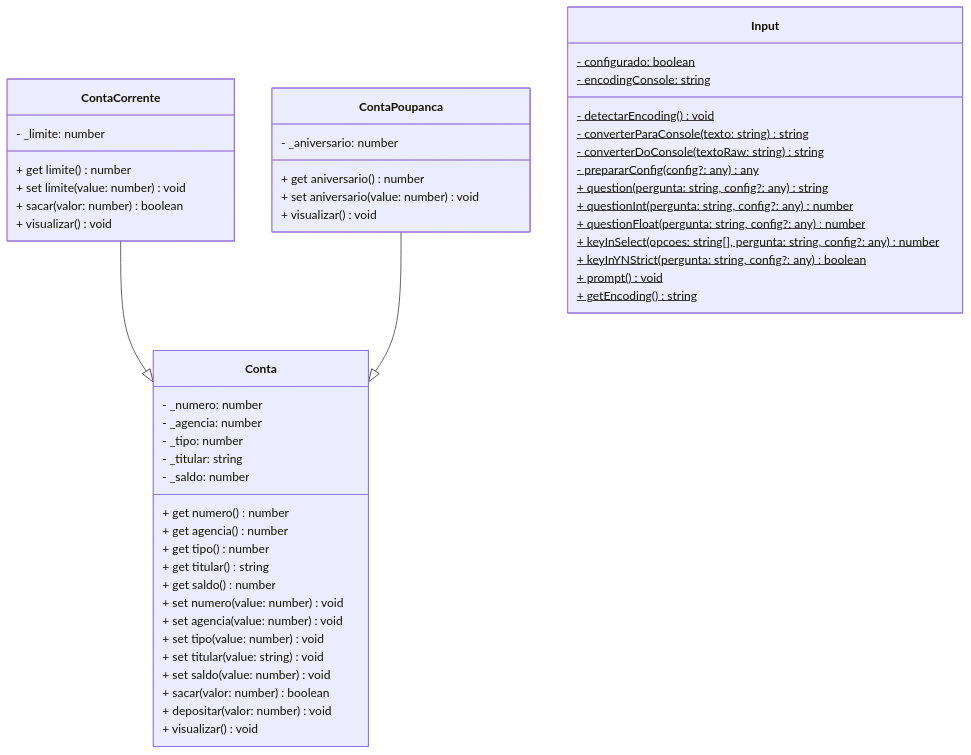
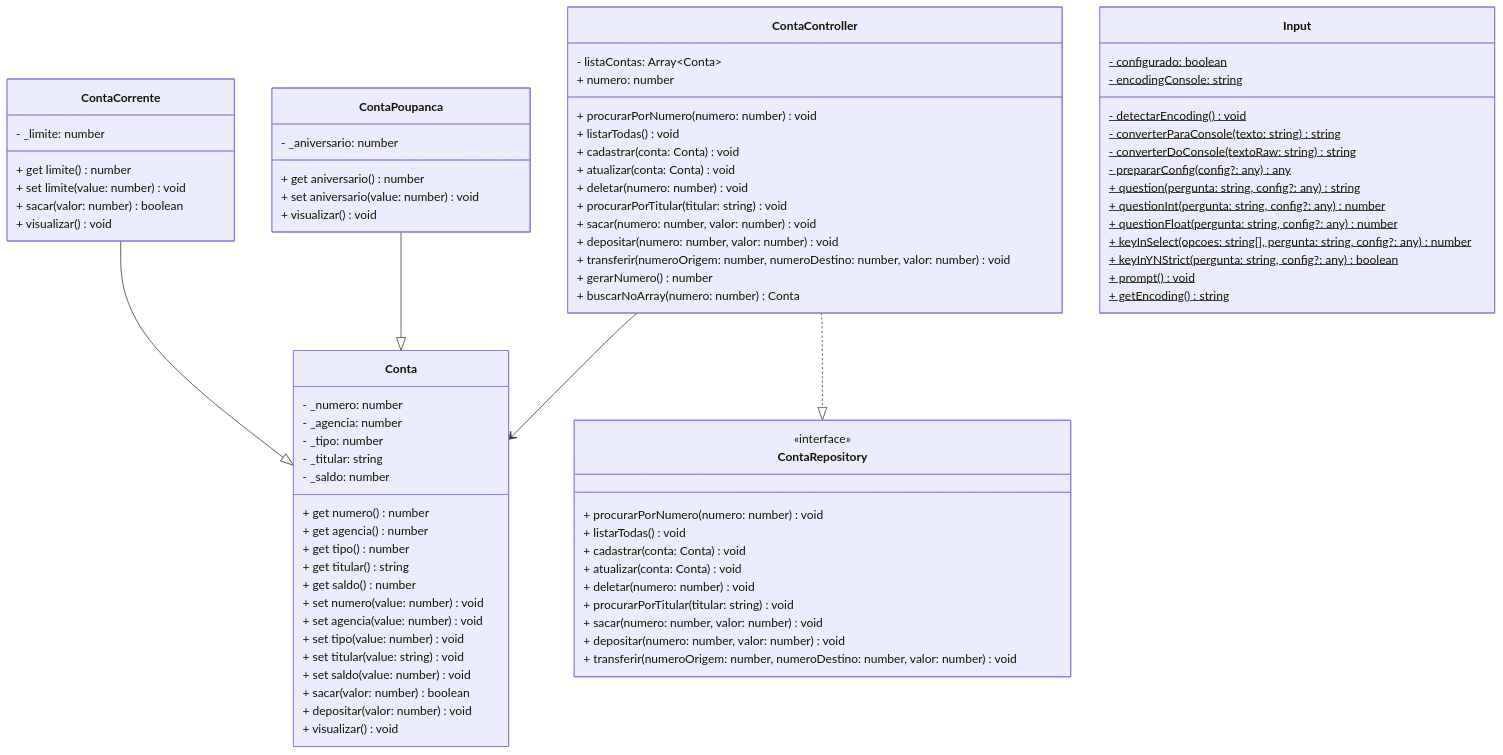
Before and after one commit to sofiasbrinas/nexus-banking: the diagram in README.md, drawn with Mermaid. The commit also changed other lines of this file and 2 other files, not shown here.

````diff
--- a/README.md
+++ b/README.md
@@ -88,53 +90,82 @@
 ```mermaid
 classDiagram
 class Conta {
   - _numero: number
   - _agencia: number
   - _tipo: number
   - _titular: string
   - _saldo: number
   + get numero() number
   + get agencia() number
   + get tipo() number
   + get titular() string
   + get saldo() number
   + set numero(value: number) void
   + set agencia(value: number) void
   + set tipo(value: number) void
   + set titular(value: string) void
   + set saldo(value: number) void
   + sacar(valor: number) boolean
   + depositar(valor: number) void
   + visualizar() void
 }
 class ContaCorrente {
   - _limite: number
   + get limite() number
   + set limite(value: number) void
   + sacar(valor: number) boolean
   + visualizar() void
 }
 class ContaPoupanca {
   - _aniversario: number
   + get aniversario() number
   + set aniversario(value: number) void
   + visualizar() void
 }
+class ContaRepository {
+  <<interface>>
+  + procurarPorNumero(numero: number) void
+  + listarTodas() void
+  + cadastrar(conta: Conta) void
+  + atualizar(conta: Conta) void
+  + deletar(numero: number) void
+  + procurarPorTitular(titular: string) void
+  + sacar(numero: number, valor: number) void
+  + depositar(numero: number, valor: number) void
+  + transferir(numeroOrigem: number, numeroDestino: number, valor: number) void
+}
+class ContaController {
+  - listaContas: Array~Conta~
+  + numero: number
+  + procurarPorNumero(numero: number) void
+  + listarTodas() void
+  + cadastrar(conta: Conta) void
+  + atualizar(conta: Conta) void
+  + deletar(numero: number) void
+  + procurarPorTitular(titular: string) void
+  + sacar(numero: number, valor: number) void
+  + depositar(numero: number, valor: number) void
+  + transferir(numeroOrigem: number, numeroDestino: number, valor: number) void
+  + gerarNumero() number
+  + buscarNoArray(numero: number) Conta
+}
 class Input {
   - configurado: boolean$
   - encodingConsole: string$
   - detectarEncoding()$ void
   - converterParaConsole(texto: string)$ string
   - converterDoConsole(textoRaw: string)$ string
   - prepararConfig(config?: any)$ any
   + question(pergunta: string, config?: any)$ string
   + questionInt(pergunta: string, config?: any)$ number
   + questionFloat(pergunta: string, config?: any)$ number
   + keyInSelect(opcoes: string[], pergunta: string, config?: any)$ number
   + keyInYNStrict(pergunta: string, config?: any)$ boolean
   + prompt()$ void
   + getEncoding()$ string
 }
 ContaCorrente --|> Conta
 ContaPoupanca --|> Conta
+ContaController ..|> ContaRepository
+ContaController --> Conta
 ```
````
